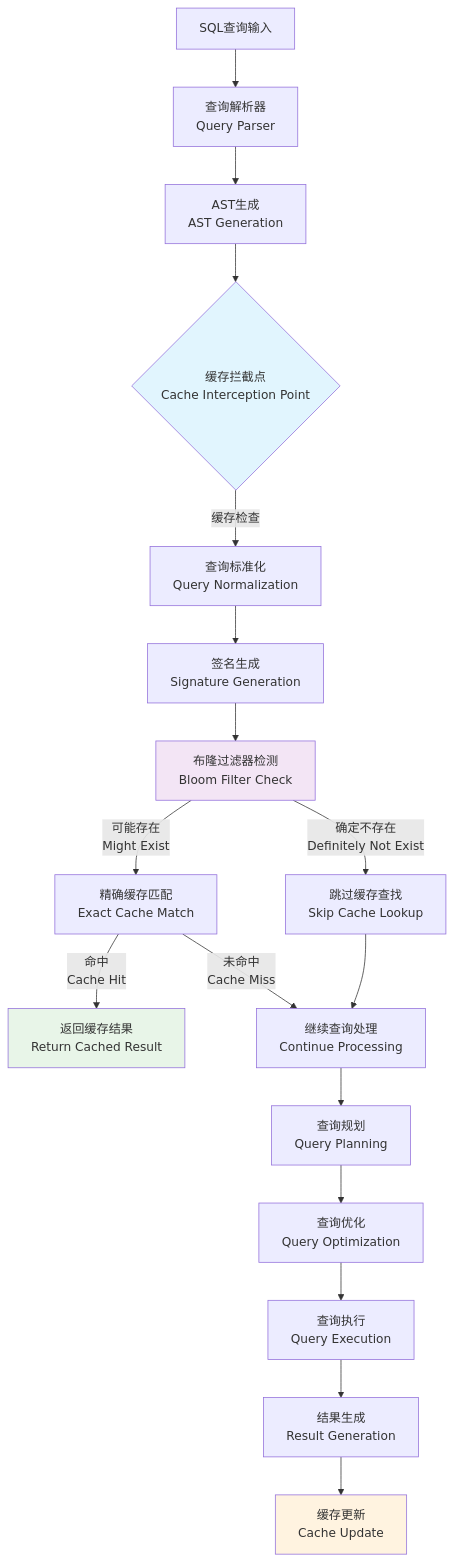
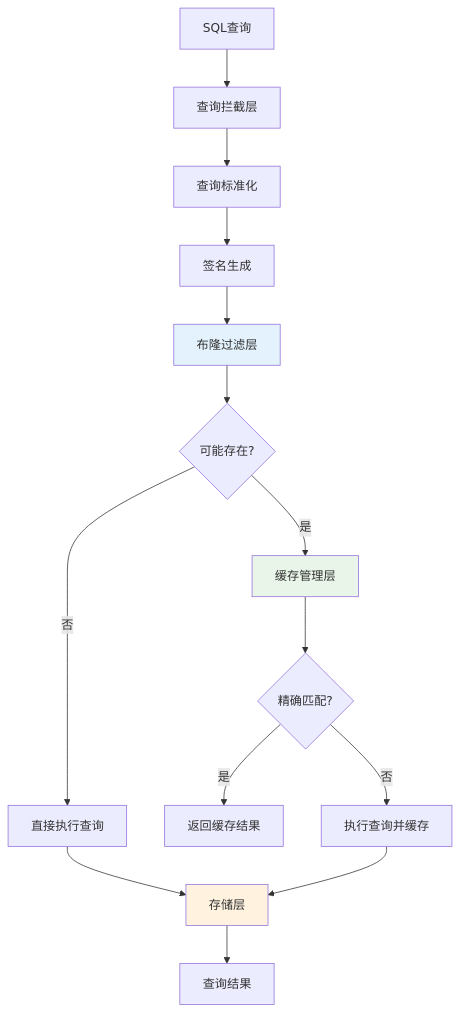
The first of 5 diagrams in md/第三章-动态缓存管理.md (crazypenguincode/duckdb), drawn with Mermaid before and after one commit. The commit also changed other lines of this file and 4 other files, not shown here.

````diff
--- a/md/第三章-动态缓存管理.md
+++ b/md/第三章-动态缓存管理.md
@@ -9,28 +11,20 @@
 ```mermaid
 graph TB
-    A[SQL查询输入] --> B[查询解析器<br/>Query Parser]
-    B --> C[AST生成<br/>AST Generation]
-    C --> D{缓存拦截点<br/>Cache Interception Point}
+    A[SQL查询] --> B[查询拦截层]
+    B --> C[查询标准化]
+    C --> D[签名生成]
+    D --> E[布隆过滤层]
+    E --> F{可能存在?}
+    F --> |否| G[直接执行查询]
+    F --> |是| H[缓存管理层]
+    H --> I{精确匹配?}
+    I --> |是| J[返回缓存结果]
+    I --> |否| K[执行查询并缓存]
+    G --> L[存储层]
+    K --> L
+    L --> M[查询结果]
     
-    D --> |缓存检查| E[查询标准化<br/>Query Normalization]
-    E --> F[签名生成<br/>Signature Generation]
-    F --> G[布隆过滤器检测<br/>Bloom Filter Check]
-    
-    G --> |可能存在<br/>Might Exist| H[精确缓存匹配<br/>Exact Cache Match]
-    G --> |确定不存在<br/>Definitely Not Exist| I[跳过缓存查找<br/>Skip Cache Lookup]
-    
-    H --> |命中<br/>Cache Hit| J[返回缓存结果<br/>Return Cached Result]
-    H --> |未命中<br/>Cache Miss| K[继续查询处理<br/>Continue Processing]
-    I --> K
-    
-    K --> L[查询规划<br/>Query Planning]
-    L --> M[查询优化<br/>Query Optimization]
-    M --> N[查询执行<br/>Query Execution]
-    N --> O[结果生成<br/>Result Generation]
-    O --> P[缓存更新<br/>Cache Update]
-    
-    style D fill:#e1f5fe
-    style G fill:#f3e5f5
-    style J fill:#e8f5e8
-    style P fill:#fff3e0
+    style E fill:#e3f2fd
+    style H fill:#e8f5e8
+    style L fill:#fff3e0
 ```
````
